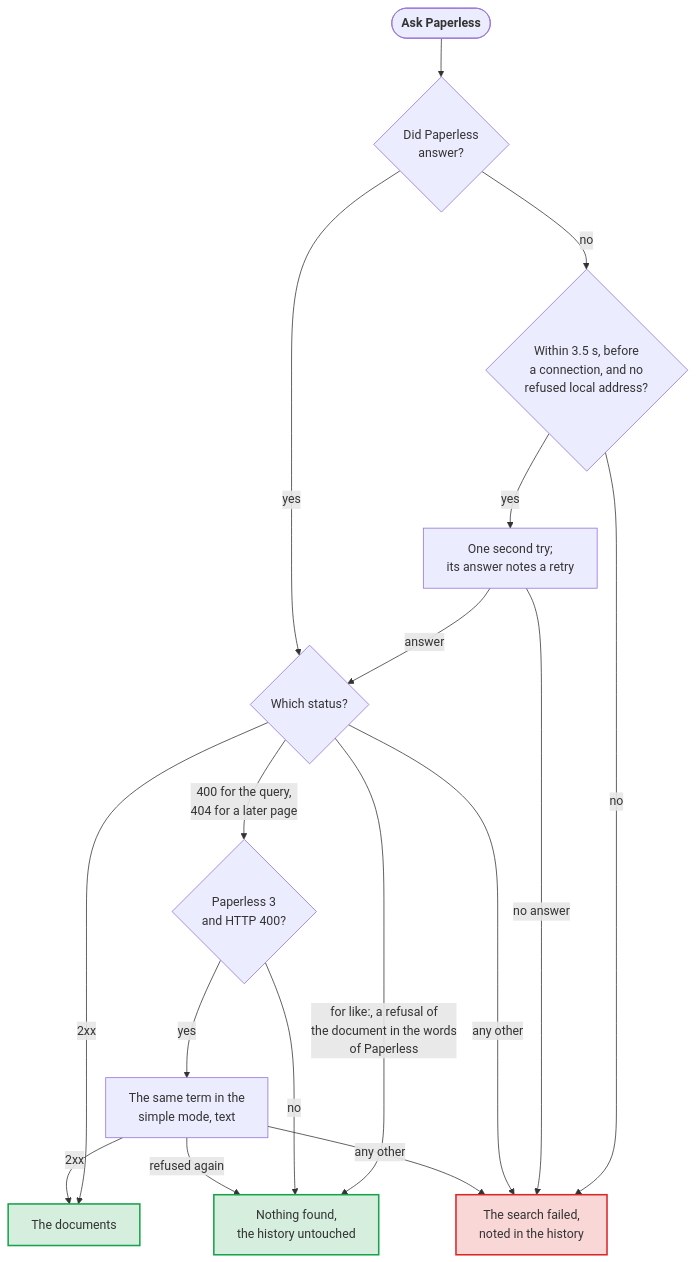
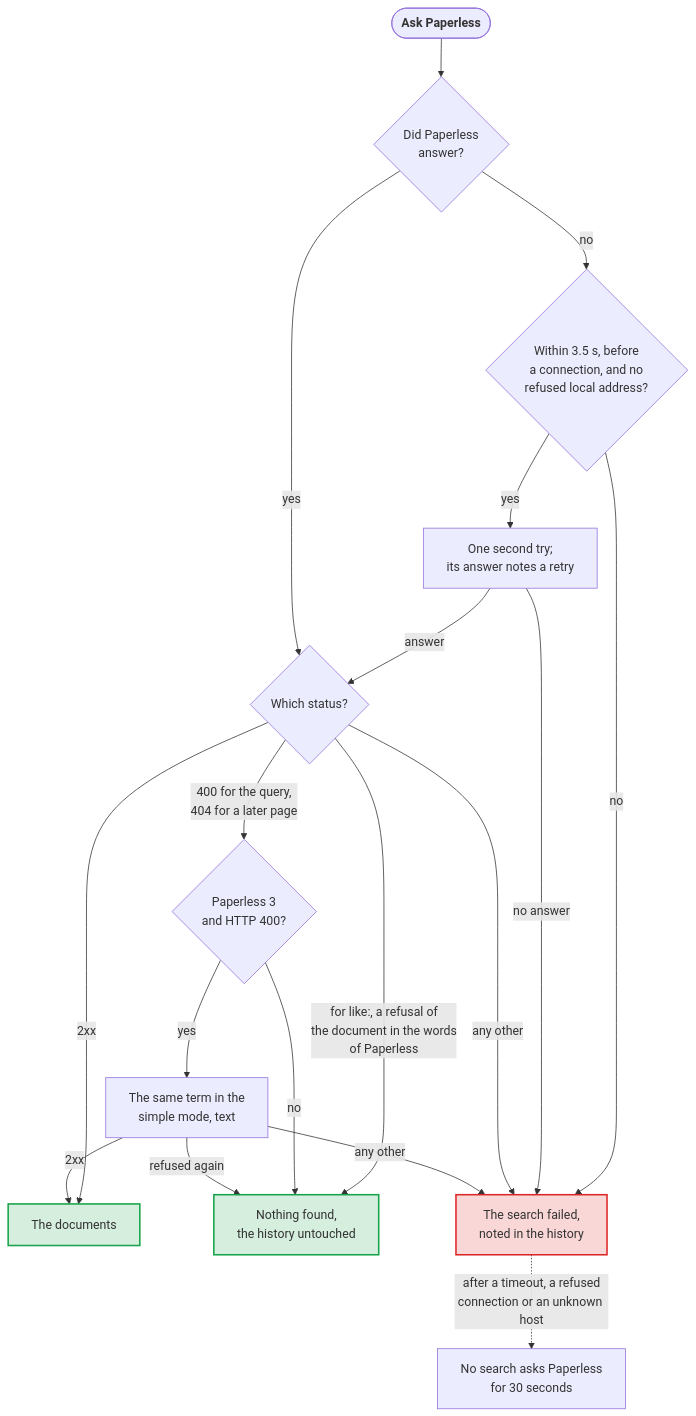
The diagram in docs/diagrams/what-a-request-to-paperless-ends-in.mmd (Dennis-Otto/paperless-unified-search), drawn with Mermaid before and after one commit. The commit also changed 22 other files, not shown here.

First line of the commit message:
feat(search): rest the search for 30 seconds after Paperless gives no answer (#430)

```diff
--- a/docs/diagrams/what-a-request-to-paperless-ends-in.mmd
+++ b/docs/diagrams/what-a-request-to-paperless-ends-in.mmd
@@ -1,42 +1,44 @@
 ---
 config:
   flowchart:
     wrappingWidth: 400
     nodeSpacing: 30
 ---
 flowchart TB
     accTitle: What a request to Paperless ends in
-    accDescr: The Paperless client asks Paperless for a page of documents. A request without an answer gets one second try only when it failed within 3.5 seconds, before it had a connection, and Nextcloud didn't refuse its address; a request that waited for a Paperless that hangs fails the search at once. An answer of 2xx brings the documents. HTTP 400 for the query, as for an advanced query that the user is still typing, or HTTP 404 for a page after the first, is no problem of the search, and the history stays untouched; on Paperless 3, the client asks once more with the same term in the simple mode of the search, which brings the documents of its words, finds nothing when refused again, and fails the search with any other answer. For like:, an answer that refuses the document, HTTP 403 with the words of Paperless or, before Paperless-ngx 2.20.13, HTTP 400 with the words of its error, finds nothing as well, and the history stays untouched. Every other answer fails the search, which the history notes.
+    accDescr: The Paperless client asks Paperless for a page of documents. A request without an answer gets one second try only when it failed within 3.5 seconds, before it had a connection, and Nextcloud didn't refuse its address; a request that waited for a Paperless that hangs fails the search at once. An answer of 2xx brings the documents. HTTP 400 for the query, as for an advanced query that the user is still typing, or HTTP 404 for a page after the first, is no problem of the search, and the history stays untouched; on Paperless 3, the client asks once more with the same term in the simple mode of the search, which brings the documents of its words, finds nothing when refused again, and fails the search with any other answer. For like:, an answer that refuses the document, HTTP 403 with the words of Paperless or, before Paperless-ngx 2.20.13, HTTP 400 with the words of its error, finds nothing as well, and the history stays untouched. Every other answer fails the search, which the history notes. After a timeout, a refused connection or a host that doesn't resolve, no search asks Paperless for 30 seconds.
 
     request(["`**Ask Paperless**`"])
     answered{"Did Paperless<br>answer?"}
     early{"Within 3.5 s, before<br>a connection, and no<br>refused local address?"}
     second["One second try;<br>its answer notes a retry"]
     status{"Which status?"}
     documents["The documents"]
     paperless3{"Paperless 3<br>and HTTP 400?"}
     simple["The same term in the<br>simple mode, text"]
     nothing["Nothing found,<br>the history untouched"]
     failed["The search failed,<br>noted in the history"]
+    rest["No search asks Paperless<br>for 30 seconds"]
 
     request --> answered
     answered -- "no" --> early
     early -- "yes" --> second
     early -- "no" --> failed
     second -- "no answer" --> failed
     second -- "answer" --> status
     answered -- "yes" --> status
     status -- "2xx" --> documents
     status -- "400 for the query,<br>404 for a later page" --> paperless3
     status -- "for like:, a refusal of<br>the document in the words<br>of Paperless" --> nothing
     status -- "any other" --> failed
     paperless3 -- "yes" --> simple
     paperless3 -- "no" --> nothing
     simple -- "2xx" --> documents
     simple -- "refused again" --> nothing
     simple -- "any other" --> failed
+    failed -. "after a timeout, a refused<br>connection or an unknown host" .-> rest
 
     classDef yes fill:#16a34a2e,stroke:#16a34a,stroke-width:2px
     classDef no fill:#dc26262e,stroke:#dc2626,stroke-width:2px
     class documents,nothing yes
     class failed no
```
